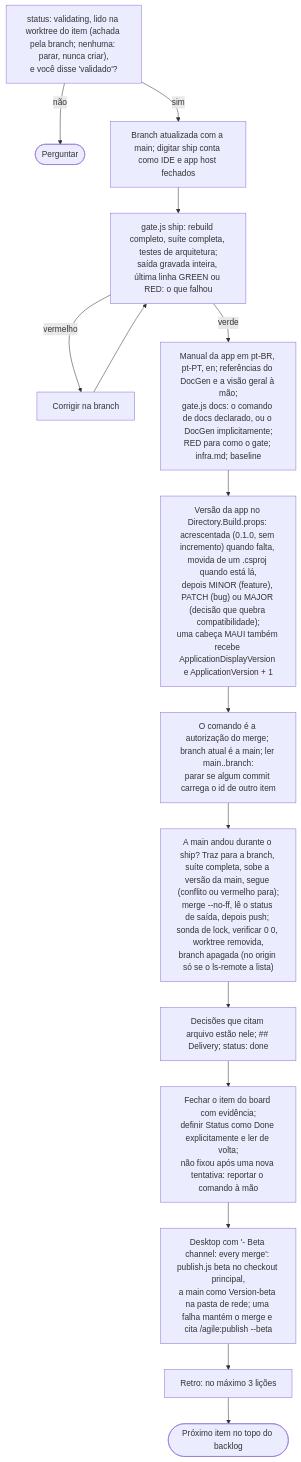
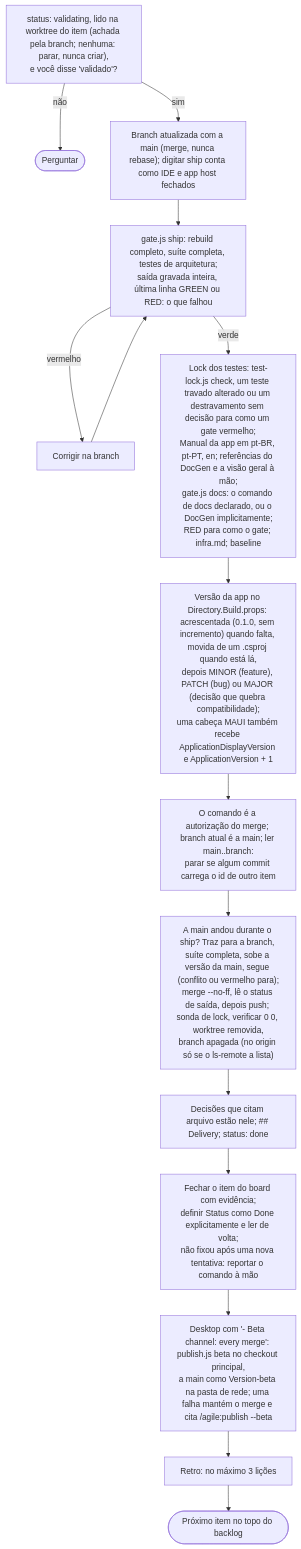
Diagram 13 of 21 in docs/agile/workflow.pt-BR.md (alexcanario/simulab), drawn with Mermaid before and after one commit. The commit also changed other lines of this file and 8 other files, not shown here.

````diff
--- a/docs/agile/workflow.pt-BR.md
+++ b/docs/agile/workflow.pt-BR.md
@@ -922,17 +925,17 @@
 ```mermaid
 flowchart TD
     A["status: validating, lido na worktree do item (achada pela branch; nenhuma: parar, nunca criar),<br/>e você disse 'validado'?"] -->|não| A1(["Perguntar"])
-    A -->|sim| B["Branch atualizada com a main; digitar ship conta como IDE e app host fechados"]
+    A -->|sim| B["Branch atualizada com a main (merge, nunca rebase); digitar ship conta como IDE e app host fechados"]
     B --> C["gate.js ship: rebuild completo, suíte completa, testes de arquitetura;<br/>saída gravada inteira, última linha GREEN ou RED: o que falhou"]
     C -->|vermelho| C1["Corrigir na branch"]
     C1 --> C
-    C -->|verde| D["Manual da app em pt-BR, pt-PT, en; referências do DocGen e a visão geral à mão;<br/>gate.js docs: o comando de docs declarado, ou o DocGen implicitamente;<br/>RED para como o gate; infra.md; baseline"]
+    C -->|verde| D["Lock dos testes: test-lock.js check, um teste travado alterado ou um destravamento sem decisão para como um gate vermelho;<br/>Manual da app em pt-BR, pt-PT, en; referências do DocGen e a visão geral à mão;<br/>gate.js docs: o comando de docs declarado, ou o DocGen implicitamente;<br/>RED para como o gate; infra.md; baseline"]
     D --> D1["Versão da app no Directory.Build.props: acrescentada (0.1.0, sem incremento) quando falta, movida de um .csproj quando está lá,<br/>depois MINOR (feature), PATCH (bug) ou MAJOR (decisão que quebra compatibilidade);<br/>uma cabeça MAUI também recebe ApplicationDisplayVersion e ApplicationVersion + 1"]
     D1 --> E2["O comando é a autorização do merge; branch atual é a main; ler main..branch:<br/>parar se algum commit carrega o id de outro item"]
     E2 --> F["A main andou durante o ship? Traz para a branch, suíte completa, sobe a versão da main, segue (conflito ou vermelho para);<br/>merge --no-ff, lê o status de saída, depois push; sonda de lock, verificar 0 0, worktree removida,<br/>branch apagada (no origin só se o ls-remote a lista)"]
     F --> G["Decisões que citam arquivo estão nele; ## Delivery; status: done"]
     G --> H["Fechar o item do board com evidência;<br/>definir Status como Done explicitamente e ler de volta;<br/>não fixou após uma nova tentativa: reportar o comando à mão"]
     H --> H2["Desktop com '- Beta channel: every merge': publish.js beta no checkout principal,<br/>a main como Version-beta na pasta de rede; uma falha mantém o merge e cita /agile:publish --beta"]
     H2 --> I["Retro: no máximo 3 lições"]
     I --> J(["Próximo item no topo do backlog"])
 ```
````
